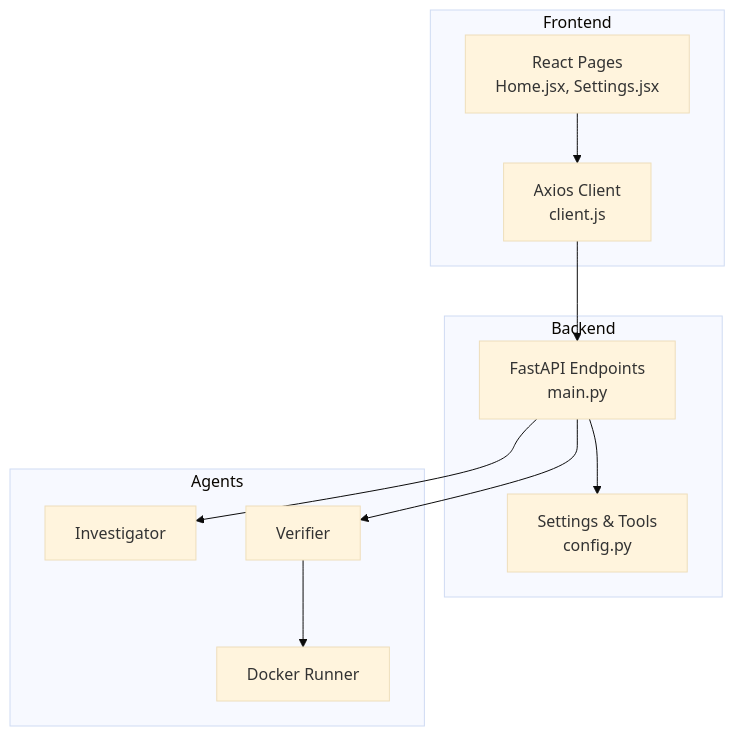
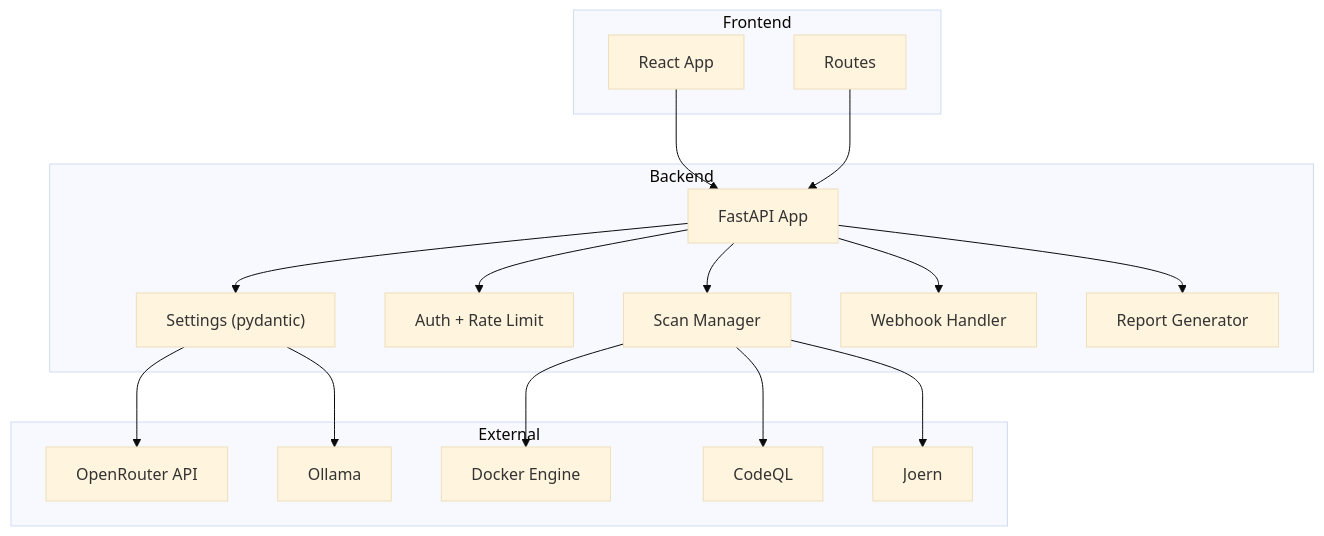
The eighth of 9 diagrams in .qoder/repowiki/en/content/Getting Started.md (keysight-anya/AutoPoV), drawn with Mermaid (base theme) before and after one commit. The commit also changed other lines of this file and 218 other files, not shown here.

````diff
--- a/.qoder/repowiki/en/content/Getting Started.md
+++ b/.qoder/repowiki/en/content/Getting Started.md
@@ -217,21 +249,34 @@
 ```mermaid
 graph TB
 subgraph "Frontend"
-FE["React Pages<br/>Home.jsx, Settings.jsx"]
-AX["Axios Client<br/>client.js"]
+FE_App["React App"]
+FE_Routes["Routes"]
 end
 subgraph "Backend"
-API["FastAPI Endpoints<br/>main.py"]
-CFG["Settings & Tools<br/>config.py"]
+API["FastAPI App"]
+CFG["Settings (pydantic)"]
+AUTH["Auth + Rate Limit"]
+SCAN["Scan Manager"]
+WEB["Webhook Handler"]
+REP["Report Generator"]
 end
-subgraph "Agents"
-INV["Investigator"]
-VER["Verifier"]
-DR["Docker Runner"]
+subgraph "External"
+OR["OpenRouter API"]
+OLL["Ollama"]
+DOCK["Docker Engine"]
+CODE["CodeQL"]
+JOE["Joern"]
 end
-FE --> AX --> API
+FE_App --> API
+FE_Routes --> API
 API --> CFG
-API --> INV
-API --> VER
-VER --> DR
+API --> AUTH
+API --> SCAN
+API --> WEB
+API --> REP
+CFG --> OR
+CFG --> OLL
+SCAN --> DOCK
+SCAN --> CODE
+SCAN --> JOE
 ```
````
